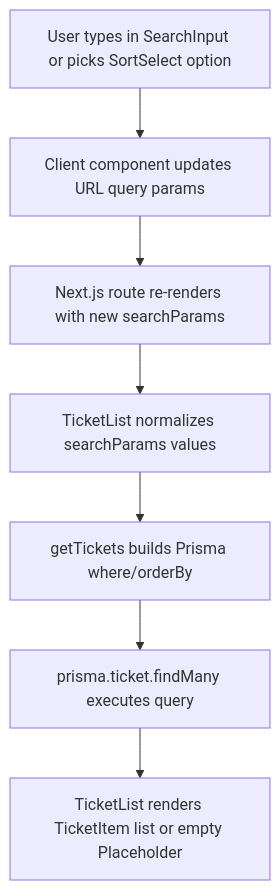
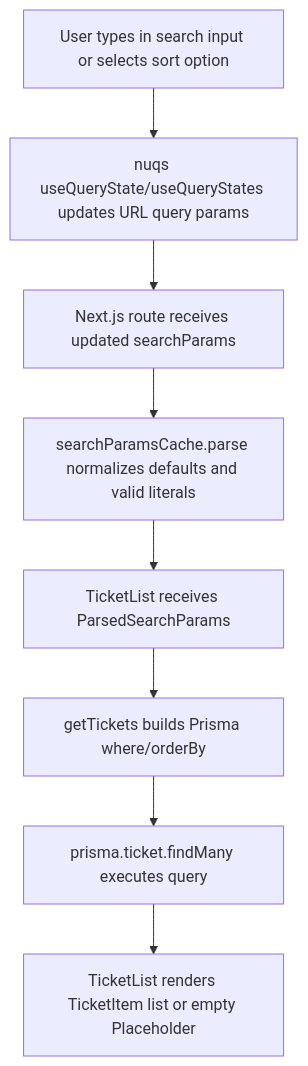
The diagram in docs/search-sort-implementation.md (jyotiogennavar/ticket-management), drawn with Mermaid before and after one commit. The commit also changed other lines of this file and 12 other files, not shown here.

````diff
--- a/docs/search-sort-implementation.md
+++ b/docs/search-sort-implementation.md
@@ -16,9 +16,10 @@
 ```mermaid
 flowchart TD
-  A[User types in SearchInput or picks SortSelect option] --> B[Client component updates URL query params]
-  B --> C[Next.js route re-renders with new searchParams]
-  C --> D[TicketList normalizes searchParams values]
-  D --> E[getTickets builds Prisma where/orderBy]
-  E --> F[prisma.ticket.findMany executes query]
-  F --> G[TicketList renders TicketItem list or empty Placeholder]
+  A[User types in search input or selects sort option] --> B[nuqs useQueryState/useQueryStates updates URL query params]
+  B --> C[Next.js route receives updated searchParams]
+  C --> D[searchParamsCache.parse normalizes defaults and valid literals]
+  D --> E[TicketList receives ParsedSearchParams]
+  E --> F[getTickets builds Prisma where/orderBy]
+  F --> G[prisma.ticket.findMany executes query]
+  G --> H[TicketList renders TicketItem list or empty Placeholder]
 ```
````
